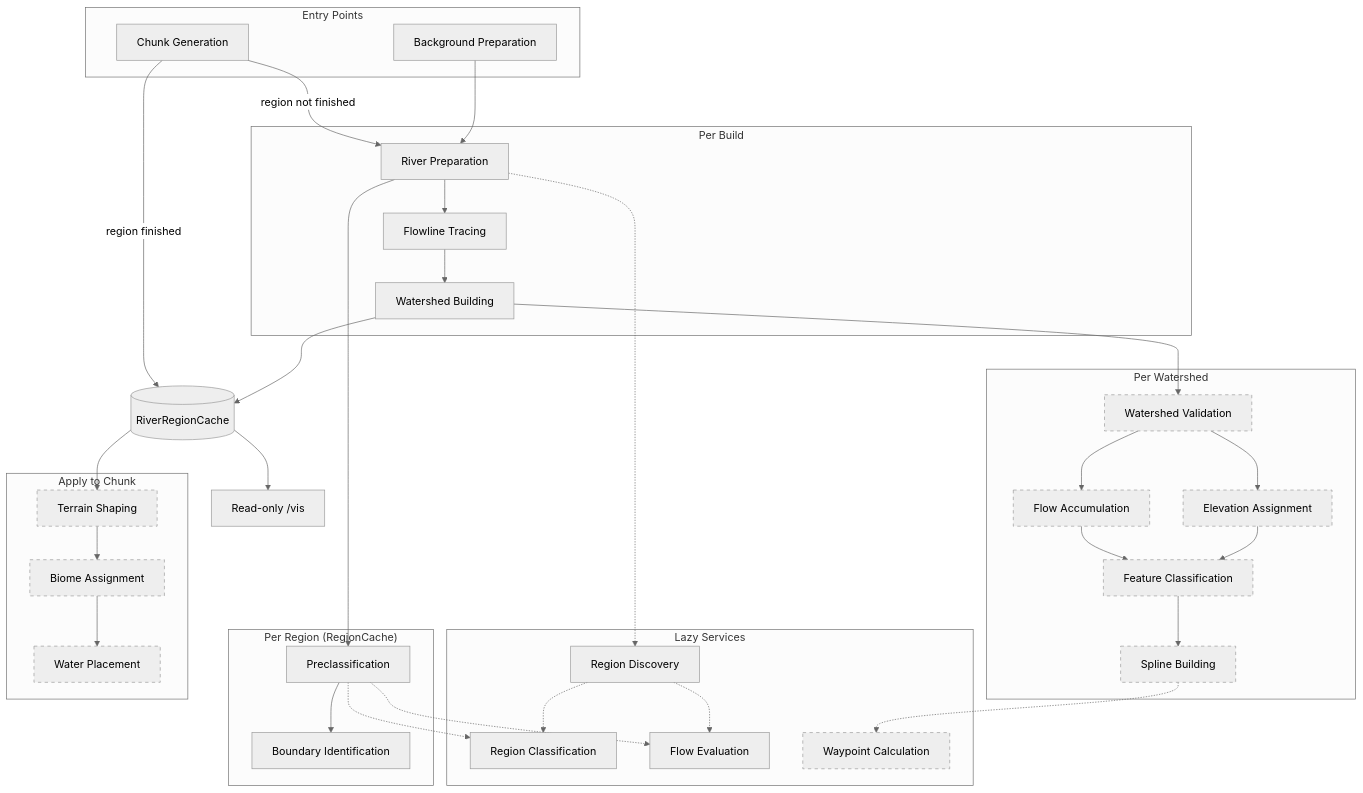
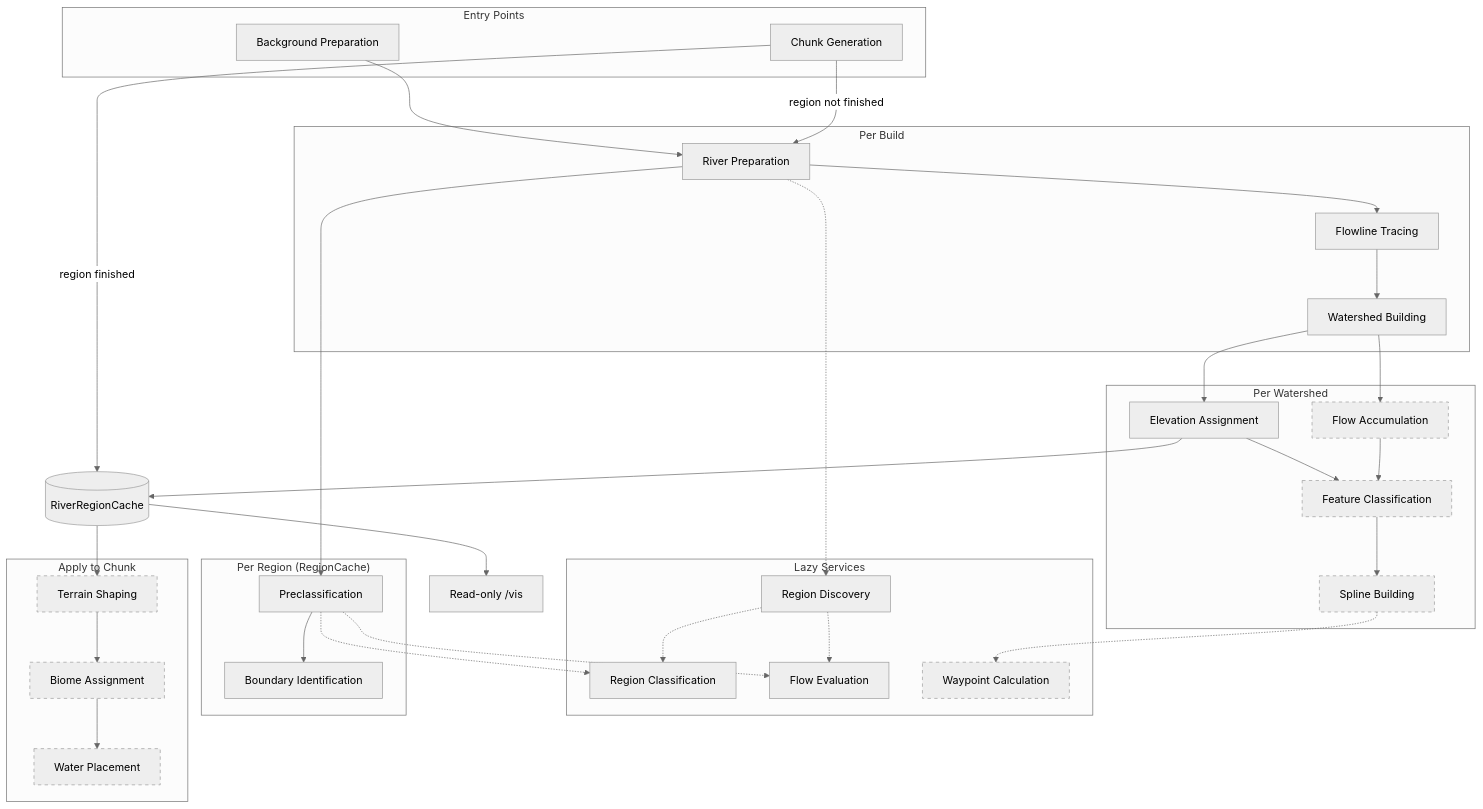
The first of 20 diagrams in docs/features/rivers/Rough Diagrams.md (SoSly/RiverTale), drawn with Mermaid (neutral theme) before and after one commit. The commit also changed other lines of this file and 12 other files, not shown here.

````diff
--- a/docs/features/rivers/Rough Diagrams.md
+++ b/docs/features/rivers/Rough Diagrams.md
@@ -3,58 +3,58 @@
 ```mermaid
 flowchart TD
 	classDef planned stroke-dasharray: 5 5
 
 	subgraph "Entry Points"
 		BP[Background Preparation]
 		CG[Chunk Generation]
 	end
 
 	subgraph "Lazy Services"
 		RC[Region Classification]
 		FE[Flow Evaluation]
 		RD[Region Discovery]
 		WP[Waypoint Calculation]:::planned
 	end
 
 	subgraph "Per Region (RegionCache)"
 		R1[Preclassification] --> R2[Boundary Identification]
 	end
 
 	subgraph "Per Build"
 		B1[River Preparation] --> B2[Flowline Tracing]
 		B2 --> B3[Watershed Building]
 	end
 
 	subgraph "Per Watershed"
-		W1[Watershed Validation]:::planned
-		W1 --> W2a[Elevation Assignment]:::planned
-		W1 --> W2b[Flow Accumulation]:::planned
+		W2a[Elevation Assignment]
+		W2b[Flow Accumulation]:::planned
 		W2a --> W3[Feature Classification]:::planned
 		W2b --> W3
 		W3 --> W4[Spline Building]:::planned
 	end
 
 	WC[(RiverRegionCache)]
 	Vis[Read-only /vis]
 
 	subgraph "Apply to Chunk"
 		C1[Terrain Shaping]:::planned --> C2[Biome Assignment]:::planned
 		C2 --> C3[Water Placement]:::planned
 	end
 
 	BP --> B1
 	CG -->|region not finished| B1
 	B1 --> R1
-	B3 --> W1
-	B3 --> WC
+	B3 --> W2a
+	B3 --> W2b
+	W2a --> WC
 	CG -->|region finished| WC
 	WC --> Vis
 	WC --> C1
 
 	R1 -.-> RC
 	R1 -.-> FE
 	B1 -.-> RD
 	RD -.-> RC
 	RD -.-> FE
 	W4 -.-> WP
 ```
````
